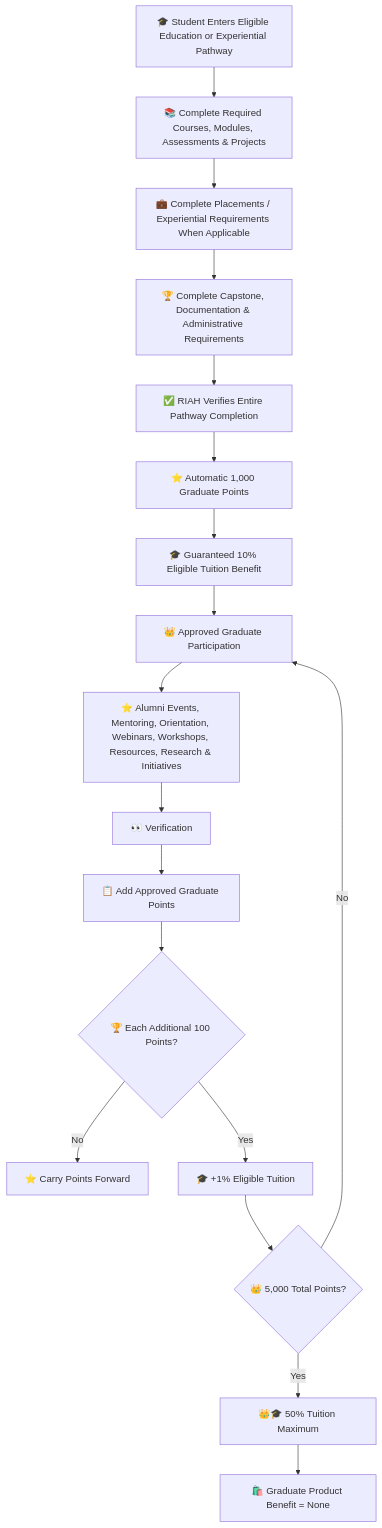
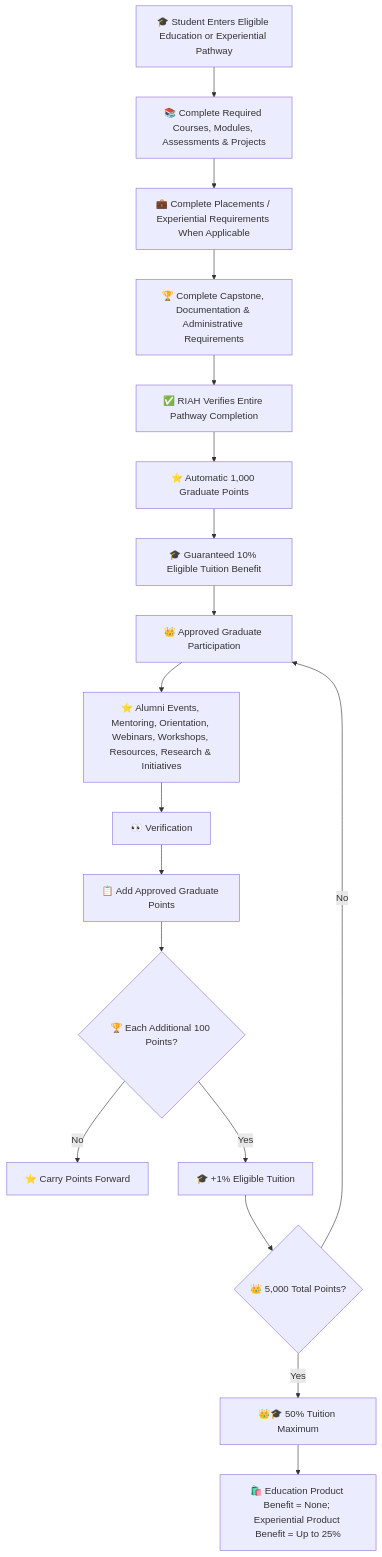
One commit to RIAHPathway/Website changed the diagram in Contributor-Benefits/STUDENTS.md. Above: the diagram before and after it, drawn with Mermaid. The commit also changed other lines of this file, not shown here.

Commit message:
Apply Experiential graduate product benefit points progression

````diff
--- a/Contributor-Benefits/STUDENTS.md
+++ b/Contributor-Benefits/STUDENTS.md
@@ -33,20 +33,20 @@
 ```mermaid
 flowchart TB
 A["🎓 Student Enters Eligible Education or Experiential Pathway"] --> B["📚 Complete Required Courses, Modules, Assessments & Projects"]
 B --> C["💼 Complete Placements / Experiential Requirements When Applicable"]
 C --> D["🏆 Complete Capstone, Documentation & Administrative Requirements"]
 D --> E["✅ RIAH Verifies Entire Pathway Completion"]
 E --> F["⭐ Automatic 1,000 Graduate Points"]
 F --> G["🎓 Guaranteed 10% Eligible Tuition Benefit"]
 G --> H["👑 Approved Graduate Participation"]
 H --> I["⭐ Alumni Events, Mentoring, Orientation, Webinars, Workshops, Resources, Research & Initiatives"]
 I --> J["👀 Verification"]
 J --> K["📋 Add Approved Graduate Points"]
 K --> L{"🏆 Each Additional 100 Points?"}
 L -- No --> M["⭐ Carry Points Forward"]
 L -- Yes --> N["🎓 +1% Eligible Tuition"]
 N --> O{"👑 5,000 Total Points?"}
 O -- No --> H
 O -- Yes --> P["👑🎓 50% Tuition Maximum"]
-P --> Q["🛍️ Graduate Product Benefit = None"]
+P --> Q["🛍️ Education Product Benefit = None; Experiential Product Benefit = Up to 25%"]
 ```
````
